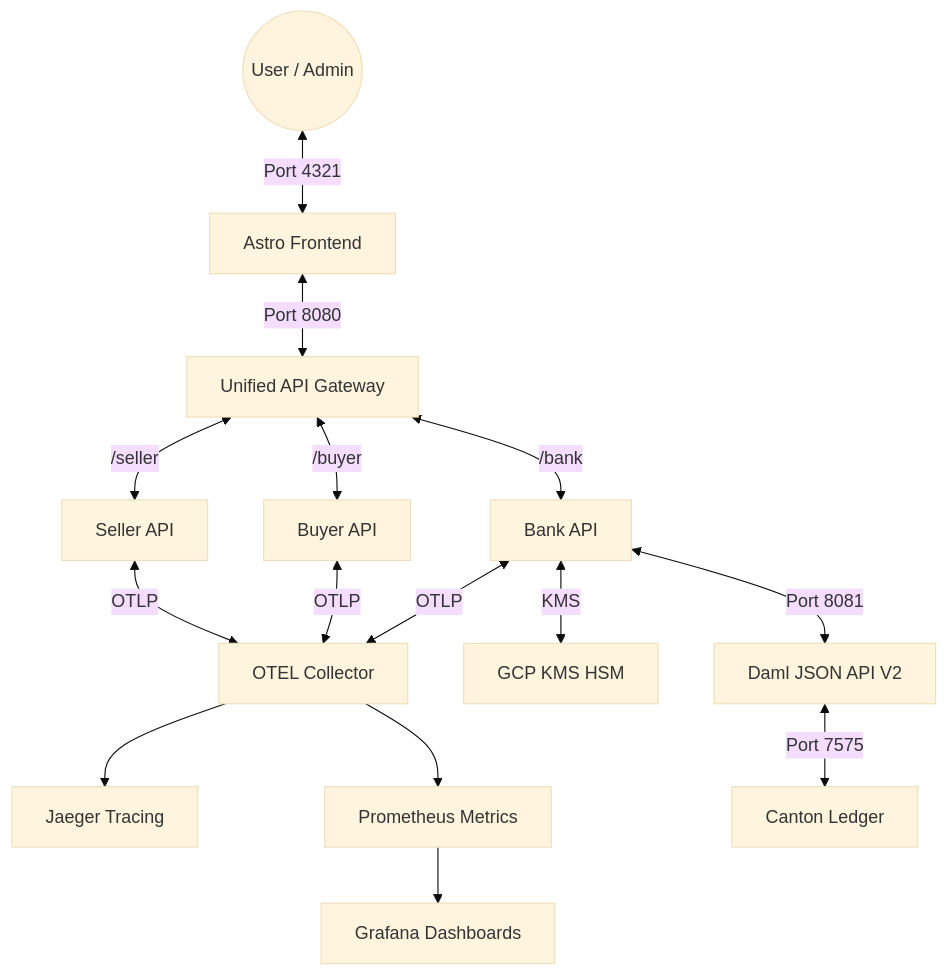
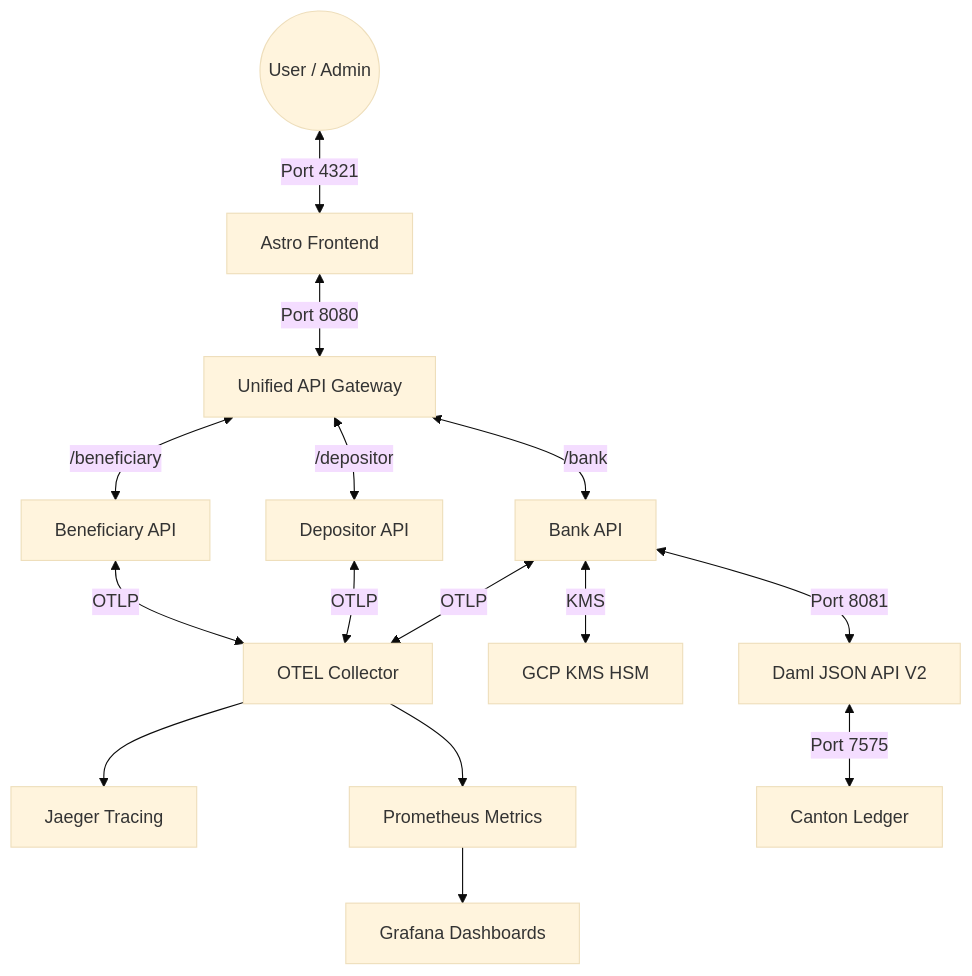
One commit to dhushon/daml-escrow changed the first of 2 diagrams in README.md. Above: the diagram before and after it, drawn with Mermaid (base theme). The commit also changed other lines of this file and 70 other files, not shown here.

````diff
--- a/README.md
+++ b/README.md
@@ -15,20 +15,20 @@
 ```mermaid
 graph TD
     User((User / Admin)) <-->|Port 4321| Astro[Astro Frontend]
     Astro <-->|Port 8080| Gateway[Unified API Gateway]
     Gateway <-->|/bank| BankAPI[Bank API]
-    Gateway <-->|/buyer| BuyerAPI[Buyer API]
-    Gateway <-->|/seller| SellerAPI[Seller API]
+    Gateway <-->|/depositor| DepositorAPI[Depositor API]
+    Gateway <-->|/beneficiary| BeneficiaryAPI[Beneficiary API]
     
     BankAPI <-->|OTLP| OTEL[OTEL Collector]
-    BuyerAPI <-->|OTLP| OTEL
-    SellerAPI <-->|OTLP| OTEL
+    DepositorAPI <-->|OTLP| OTEL
+    BeneficiaryAPI <-->|OTLP| OTEL
     
     OTEL --> Jaeger[Jaeger Tracing]
     OTEL --> Prometheus[Prometheus Metrics]
     Prometheus --> Grafana[Grafana Dashboards]
 
     BankAPI <-->|KMS| KMS[GCP KMS HSM]
     BankAPI <-->|Port 8081| JSON[Daml JSON API V2]
     JSON <-->|Port 7575| Canton[Canton Ledger]
 ```
````
